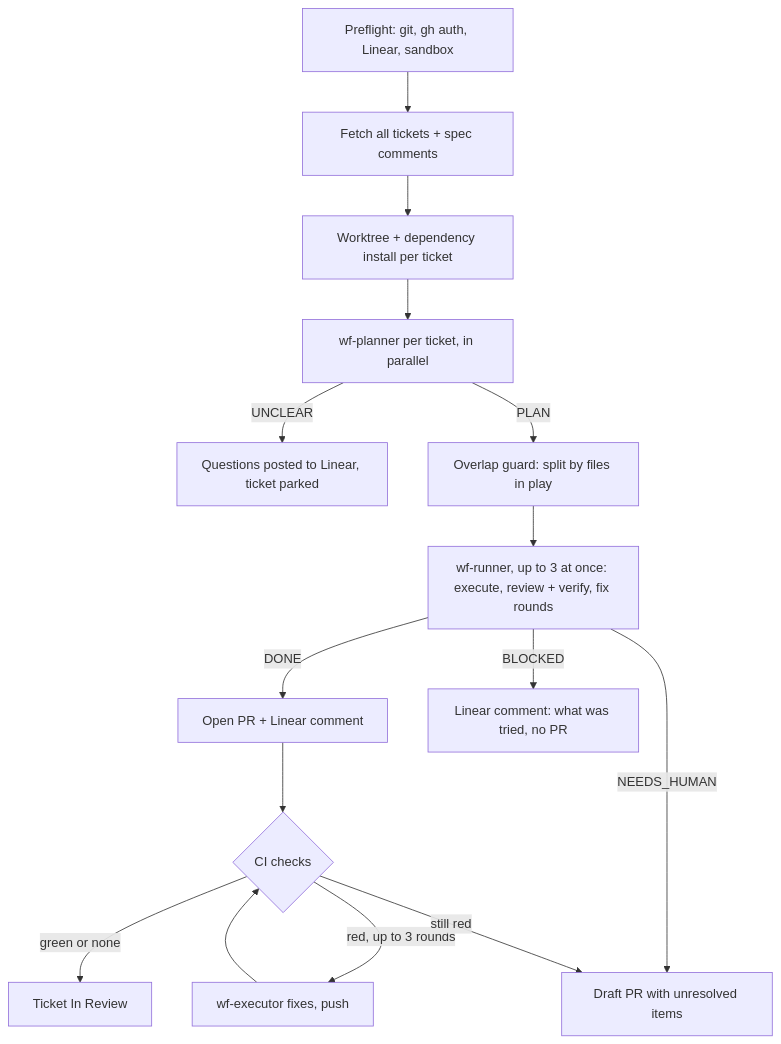
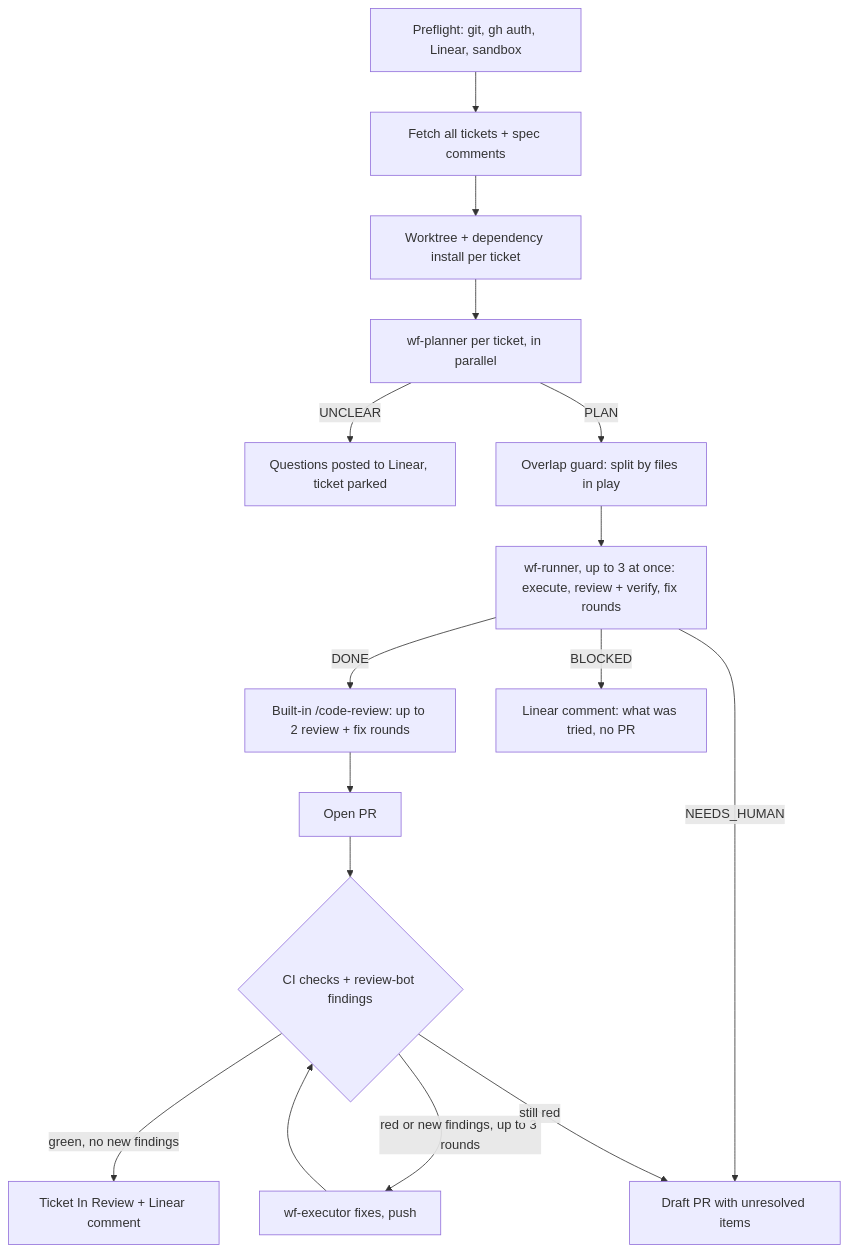
The diagram in docs/TICKET-WORKFLOW.md (mnrdrata/wayfinder), drawn with Mermaid before and after one commit. The commit also changed other lines of this file and 12 other files, not shown here.

````diff
--- a/docs/TICKET-WORKFLOW.md
+++ b/docs/TICKET-WORKFLOW.md
@@ -73,16 +77,17 @@
 ```mermaid
 flowchart TD
   P[Preflight: git, gh auth, Linear, sandbox] --> F[Fetch all tickets + spec comments]
   F --> W[Worktree + dependency install per ticket]
   W --> PL[wf-planner per ticket, in parallel]
   PL -->|UNCLEAR| Q[Questions posted to Linear, ticket parked]
   PL -->|PLAN| G[Overlap guard: split by files in play]
   G --> R[wf-runner, up to 3 at once: execute, review + verify, fix rounds]
-  R -->|DONE| PR[Open PR + Linear comment]
+  R -->|DONE| CR[Built-in /code-review: up to 2 review + fix rounds]
+  CR --> PR[Open PR]
   R -->|NEEDS_HUMAN| D[Draft PR with unresolved items]
   R -->|BLOCKED| B[Linear comment: what was tried, no PR]
-  PR --> CI{CI checks}
-  CI -->|red, up to 3 rounds| X[wf-executor fixes, push] --> CI
-  CI -->|green or none| IR[Ticket In Review]
+  PR --> CI{CI checks + review-bot findings}
+  CI -->|red or new findings, up to 3 rounds| X[wf-executor fixes, push] --> CI
+  CI -->|green, no new findings| IR[Ticket In Review + Linear comment]
   CI -->|still red| D
 ```
````
